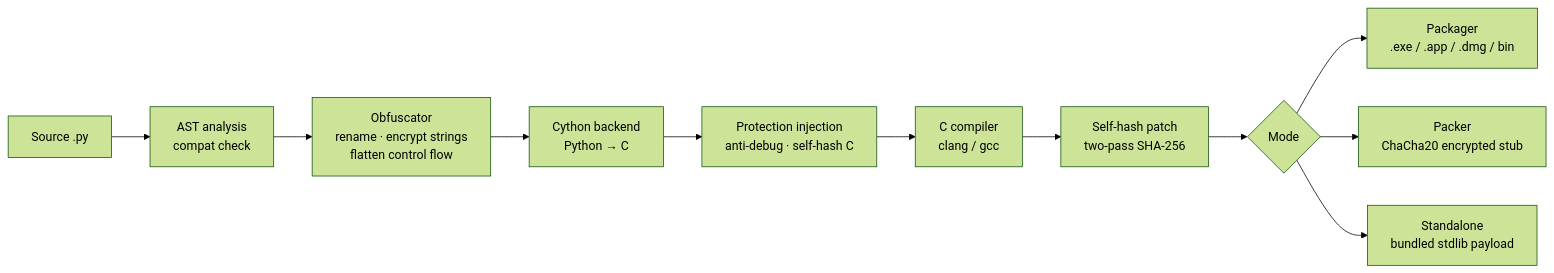
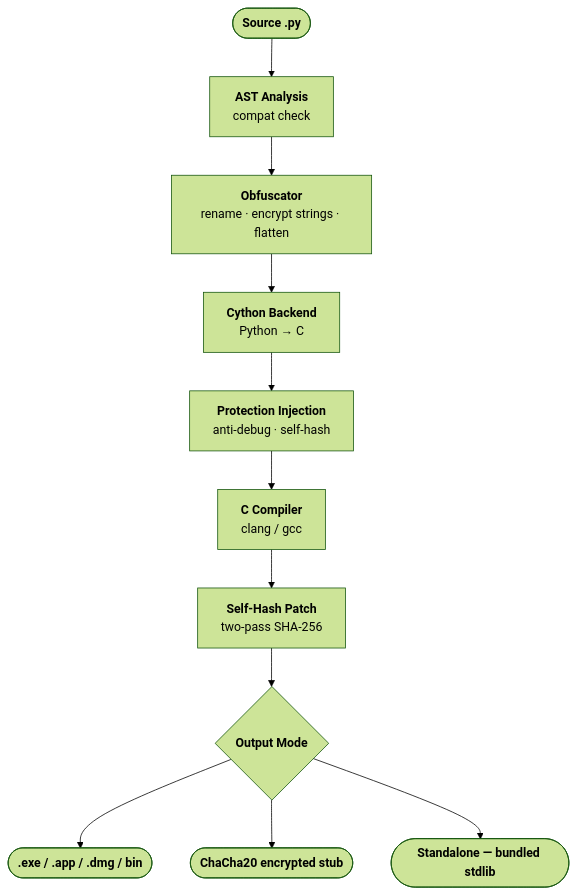
The diagram in README.md (ovrlust/pyforge), drawn with Mermaid (forest theme) before and after one commit.

Commit message:
Pipeline diagram: TD layout, bold labels, cleaner nodes

````diff
--- a/README.md
+++ b/README.md
@@ -31,13 +31,19 @@
 ```mermaid
-flowchart LR
-    A[Source .py] --> B[AST analysis\ncompat check]
-    B --> C[Obfuscator\nrename · encrypt strings\nflatten control flow]
-    C --> D[Cython backend\nPython → C]
-    D --> E[Protection injection\nanti-debug · self-hash C]
-    E --> F[C compiler\nclang / gcc]
-    F --> G[Self-hash patch\ntwo-pass SHA-256]
-    G --> H{Mode}
-    H --> I[Packager\n.exe / .app / .dmg / bin]
-    H --> J[Packer\nChaCha20 encrypted stub]
-    H --> K[Standalone\nbundled stdlib payload]
+flowchart TD
+    A(["`**Source .py**`"]) --> B["`**AST Analysis**
+    compat check`"]
+    B --> C["`**Obfuscator**
+    rename · encrypt strings · flatten`"]
+    C --> D["`**Cython Backend**
+    Python → C`"]
+    D --> E["`**Protection Injection**
+    anti-debug · self-hash`"]
+    E --> F["`**C Compiler**
+    clang / gcc`"]
+    F --> G["`**Self-Hash Patch**
+    two-pass SHA-256`"]
+    G --> H{"`**Output Mode**`"}
+    H --> I(["`**.exe / .app / .dmg / bin**`"])
+    H --> J(["`**ChaCha20 encrypted stub**`"])
+    H --> K(["`**Standalone — bundled stdlib**`"])
 ```
````
